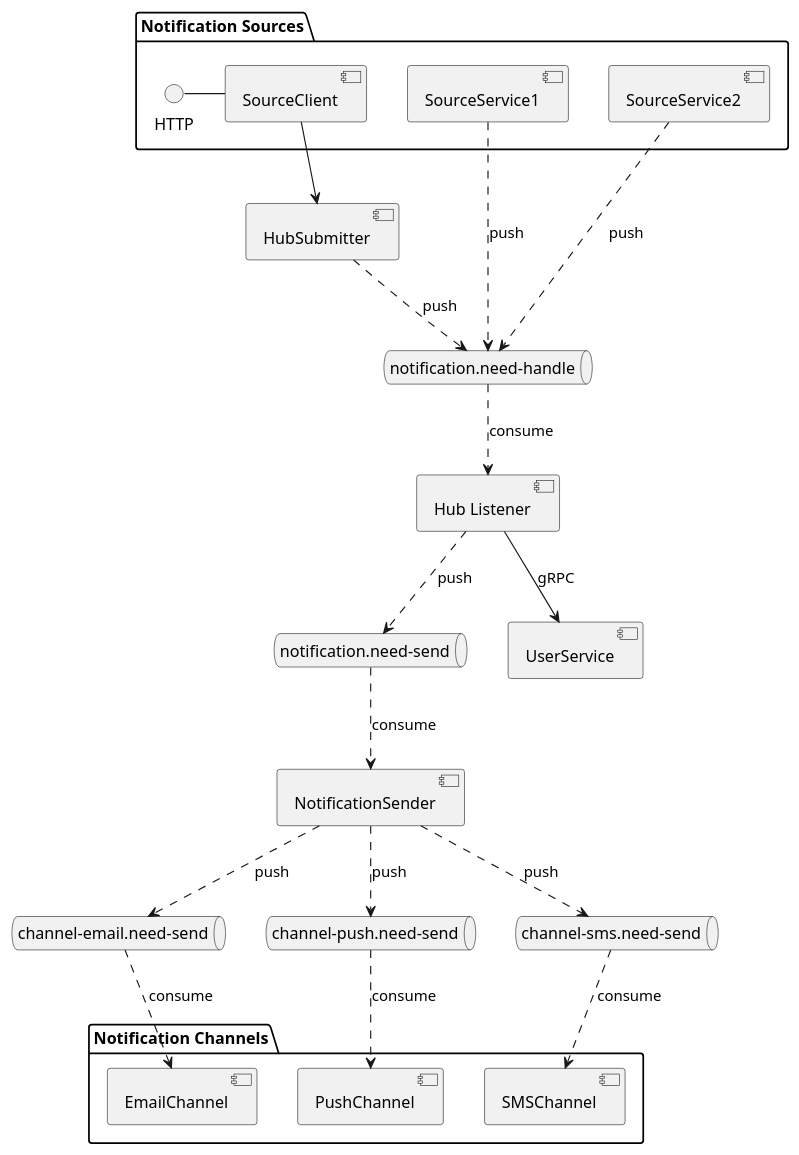
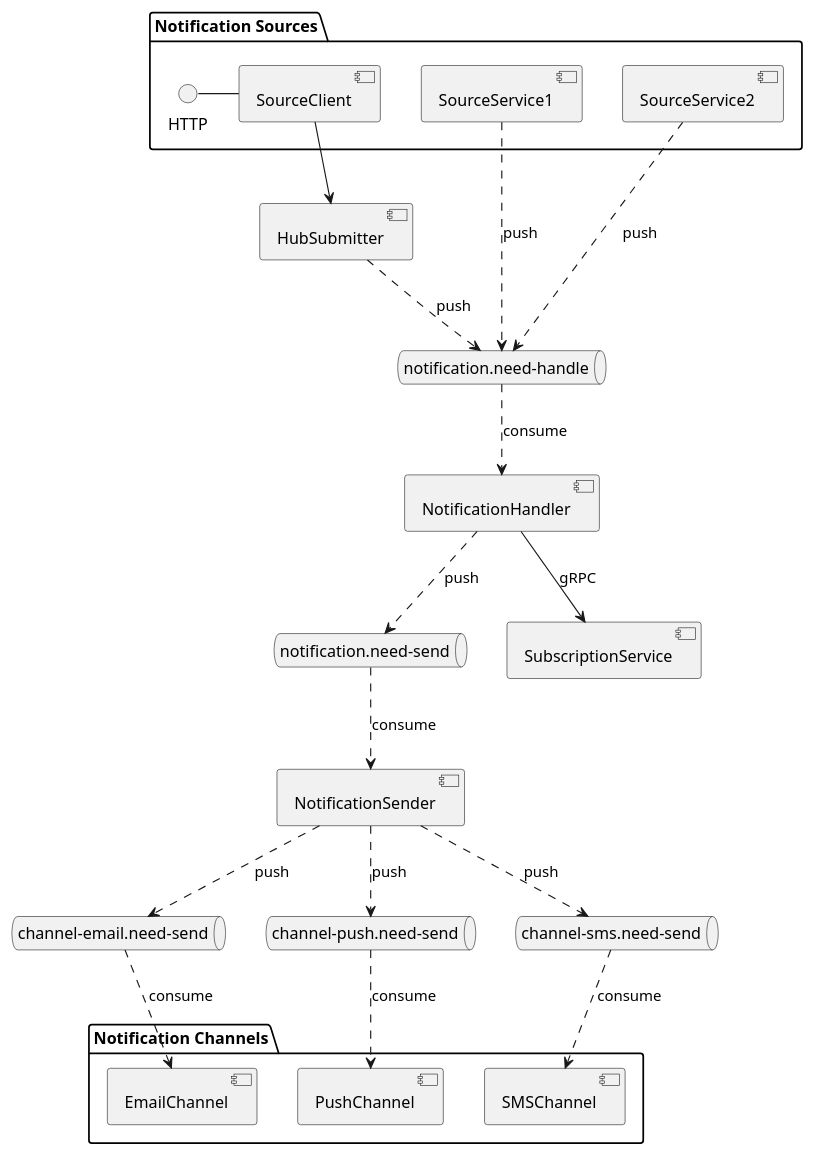
The diagram in uml/component.puml (unmei211/notifyme), drawn with PlantUML before and after one commit. The commit also changed 13 other files, not shown here.

```diff
--- a/uml/component.puml
+++ b/uml/component.puml
@@ -1,66 +1,66 @@
 @startuml
 'https://plantuml.com/component-diagram
 
 
 package "Notification Sources" as ns {
     together {
         HTTP - [SourceClient]
     }
     [SourceService1] as ss1
     [SourceService2] as ss2
 }
 
 queue "notification.need-handle" as nh {
 }
 
 queue "notification.need-send" as nns {
 }
 
 
 package "Notification Channels" as nc {
     [EmailChannel] as ec
     [PushChannel] as pc
     [SMSChannel] as sc
 }
 
 queue "channel-email.need-send" as cens {
 }
 
 queue "channel-push.need-send" as cpns {
 }
 
 queue "channel-sms.need-send" as csns {
 }
 
-[Hub Listener] as hl
+[NotificationHandler] as noh
+
+[SubscriptionService] as ss
 
 [HubSubmitter] as hs
-
-[UserService] as us
 
 [NotificationSender] as nos
 
 [SourceClient] --> hs
 
 hs ..> nh : push
 
 ss1 ..> nh : push
 ss2 ..> nh : push
 
-nh ..> hl : consume
+nh ..> noh : consume
 
-hl --> us : gRPC
+noh --> ss : gRPC
 
-hl ..> nns : push
+noh ..> nns : push
 
 nns ..> nos : consume
 
 nos ..> cens : push
 nos ..> cpns : push
 nos ..> csns : push
 
 cens ..> ec : consume
 cpns ..> pc : consume
 csns ..> sc : consume
 
 @enduml
```
